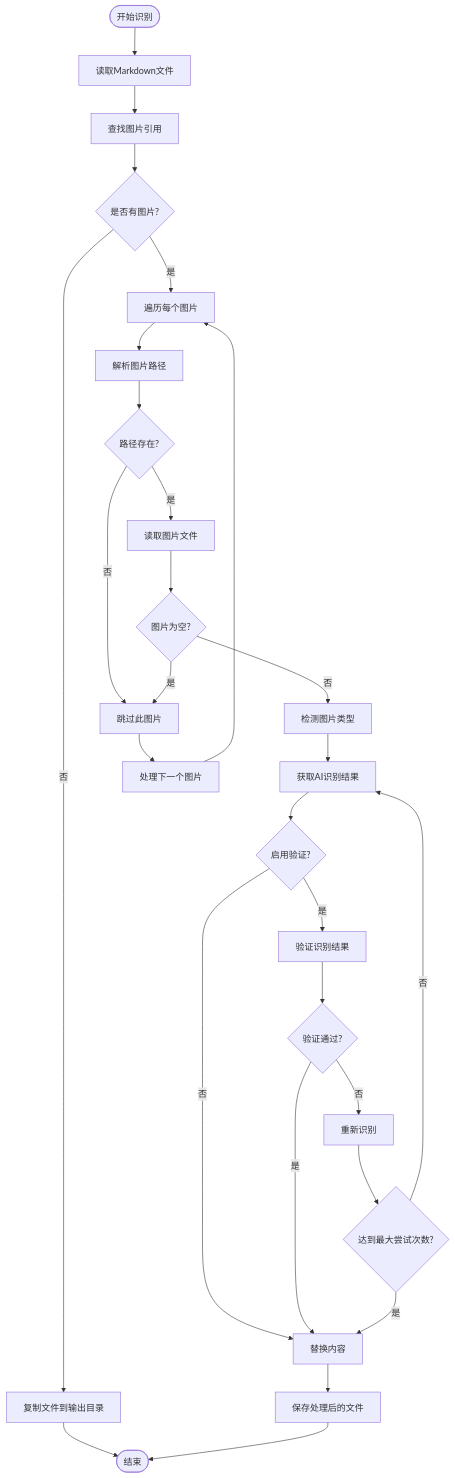
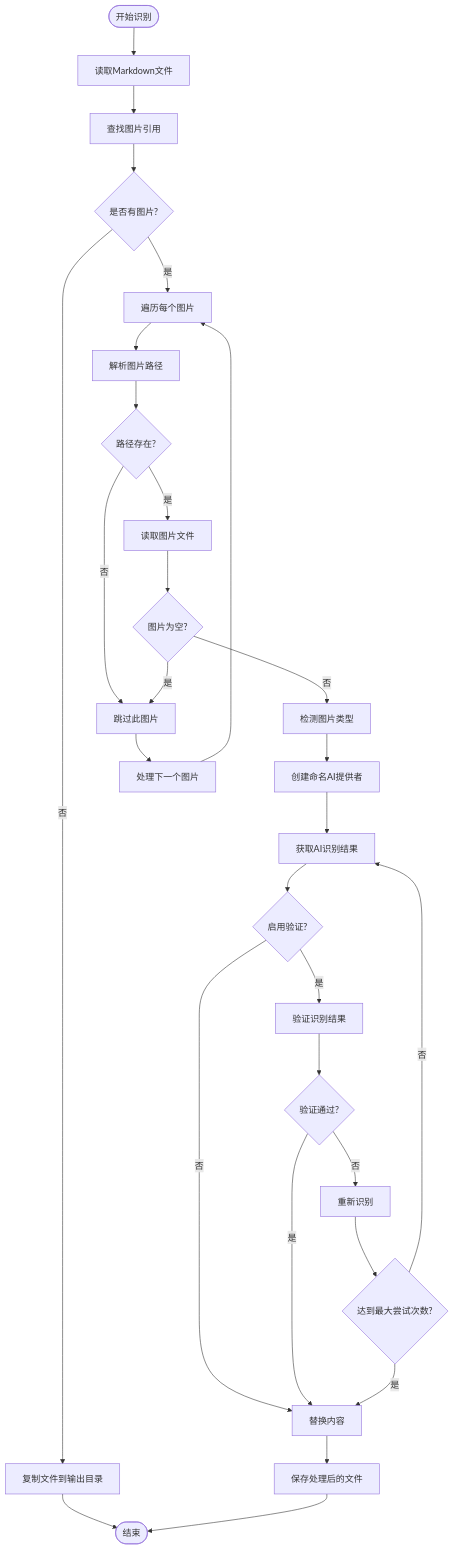
The third of 7 diagrams in .qoder/repowiki/zh/content/转换模块详解/AI图像识别模块.md (hllshiro/doc2md-cli), drawn with Mermaid before and after one commit. The commit also changed other lines of this file and 4 other files, not shown here.

````diff
--- a/.qoder/repowiki/zh/content/转换模块详解/AI图像识别模块.md
+++ b/.qoder/repowiki/zh/content/转换模块详解/AI图像识别模块.md
@@ -158,30 +168,31 @@
 ```mermaid
 flowchart TD
 Start([开始识别]) --> LoadMD["读取Markdown文件"]
 LoadMD --> FindImages["查找图片引用"]
 FindImages --> HasImages{"是否有图片?"}
 HasImages --> |否| CopyFile["复制文件到输出目录"]
 HasImages --> |是| LoopImages["遍历每个图片"]
 LoopImages --> ResolvePath["解析图片路径"]
 ResolvePath --> PathExists{"路径存在?"}
 PathExists --> |否| SkipImage["跳过此图片"]
 PathExists --> |是| ReadImage["读取图片文件"]
 ReadImage --> ImageEmpty{"图片为空?"}
 ImageEmpty --> |是| SkipImage
 ImageEmpty --> |否| DetectType["检测图片类型"]
-DetectType --> GetResult["获取AI识别结果"]
+DetectType --> CreateProvider["创建命名AI提供者"]
+CreateProvider --> GetResult["获取AI识别结果"]
 GetResult --> Validation{"启用验证?"}
 Validation --> |是| Validate["验证识别结果"]
 Validation --> |否| ReplaceContent["替换内容"]
 Validate --> IsCorrect{"验证通过?"}
 IsCorrect --> |是| ReplaceContent
 IsCorrect --> |否| Retry["重新识别"]
 Retry --> MaxAttempts{"达到最大尝试次数?"}
 MaxAttempts --> |否| GetResult
 MaxAttempts --> |是| ReplaceContent
 ReplaceContent --> SaveFile["保存处理后的文件"]
 SkipImage --> NextImage["处理下一个图片"]
 CopyFile --> End([结束])
 SaveFile --> End
 NextImage --> LoopImages
 ```
````
